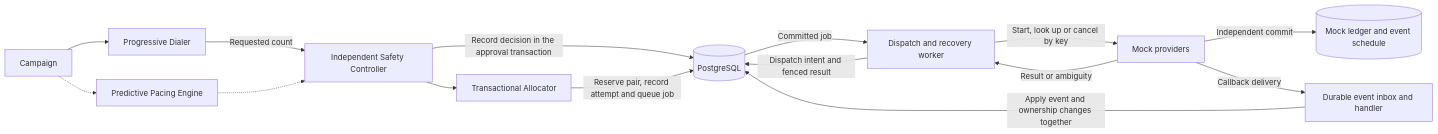
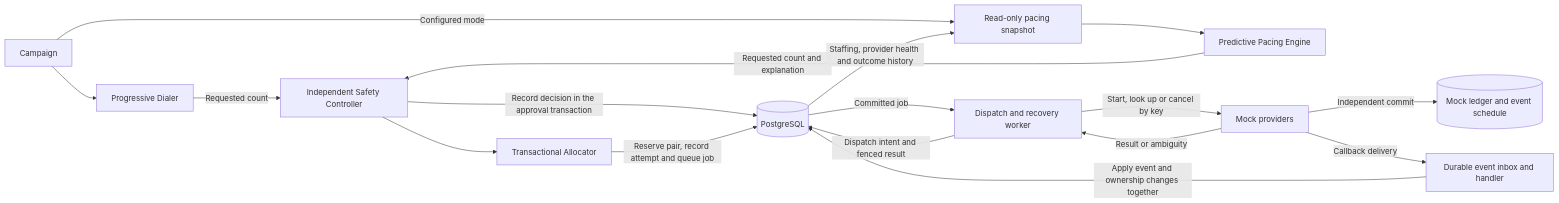
One commit to koushikwannabecoder/Smart-dialer changed the diagram in docs/architecture.md. Above: the diagram before and after it, drawn with Mermaid. The commit also changed other lines of this file and 17 other files, not shown here.

Commit message:
Implement Phase 4: Explainable predictive pacing

````diff
--- a/docs/architecture.md
+++ b/docs/architecture.md
@@ -15,17 +13,19 @@
 ```mermaid
 flowchart LR
     Campaign --> Progressive[Progressive Dialer]
-    Campaign -.-> Predictive[Predictive Pacing Engine]
+    Campaign -->|Configured mode| Snapshot[Read-only pacing snapshot]
+    DB -->|Staffing, provider health and outcome history| Snapshot
+    Snapshot --> Predictive[Predictive Pacing Engine]
     Progressive -->|Requested count| Safety[Independent Safety Controller]
-    Predictive -.-> Safety
+    Predictive -->|Requested count and explanation| Safety
     Safety --> Allocator[Transactional Allocator]
     Safety -->|Record decision in the approval transaction| DB[(PostgreSQL)]
     Allocator -->|Reserve pair, record attempt and queue job| DB
     DB -->|Committed job| Worker[Dispatch and recovery worker]
     Worker -->|Start, look up or cancel by key| Provider[Mock providers]
     Provider -->|Independent commit| Ledger[(Mock ledger and event schedule)]
     Provider -->|Callback delivery| Inbox[Durable event inbox and handler]
     Inbox -->|Apply event and ownership changes together| DB
     Provider -->|Result or ambiguity| Worker
     Worker -->|Dispatch intent and fenced result| DB
 ```
````
